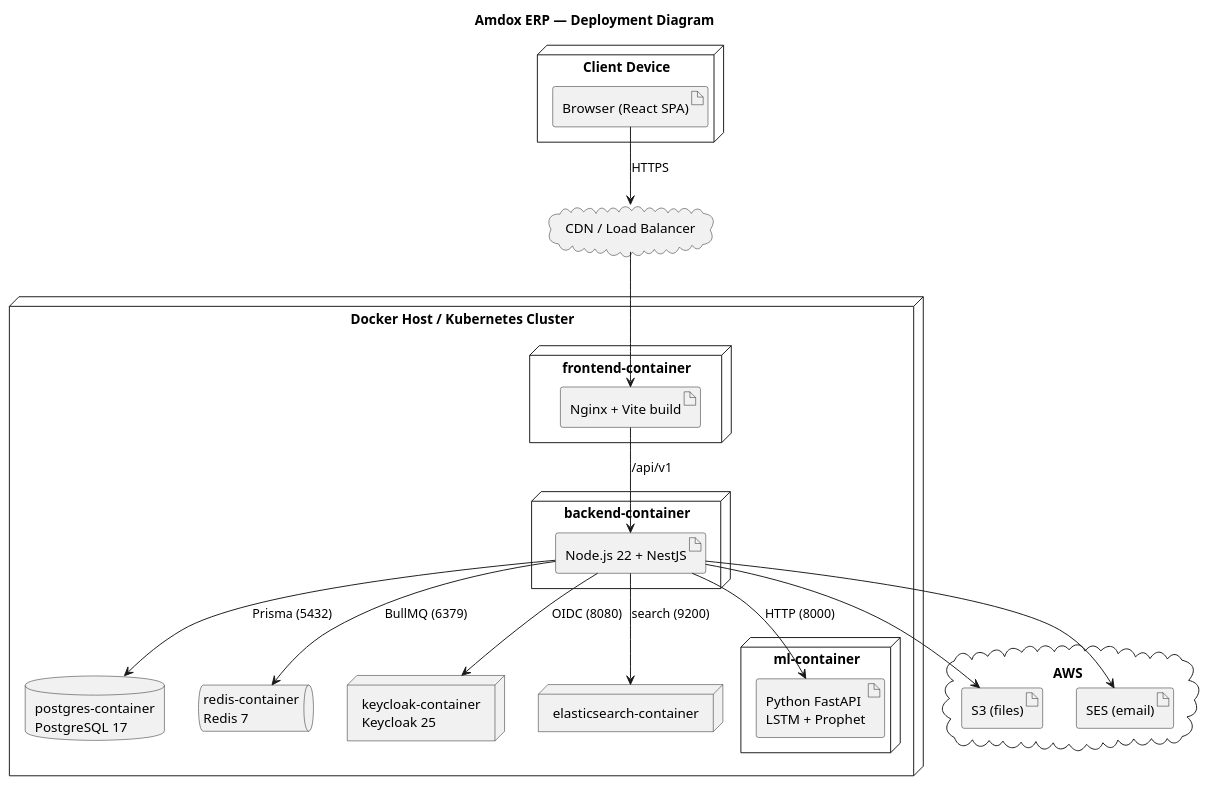
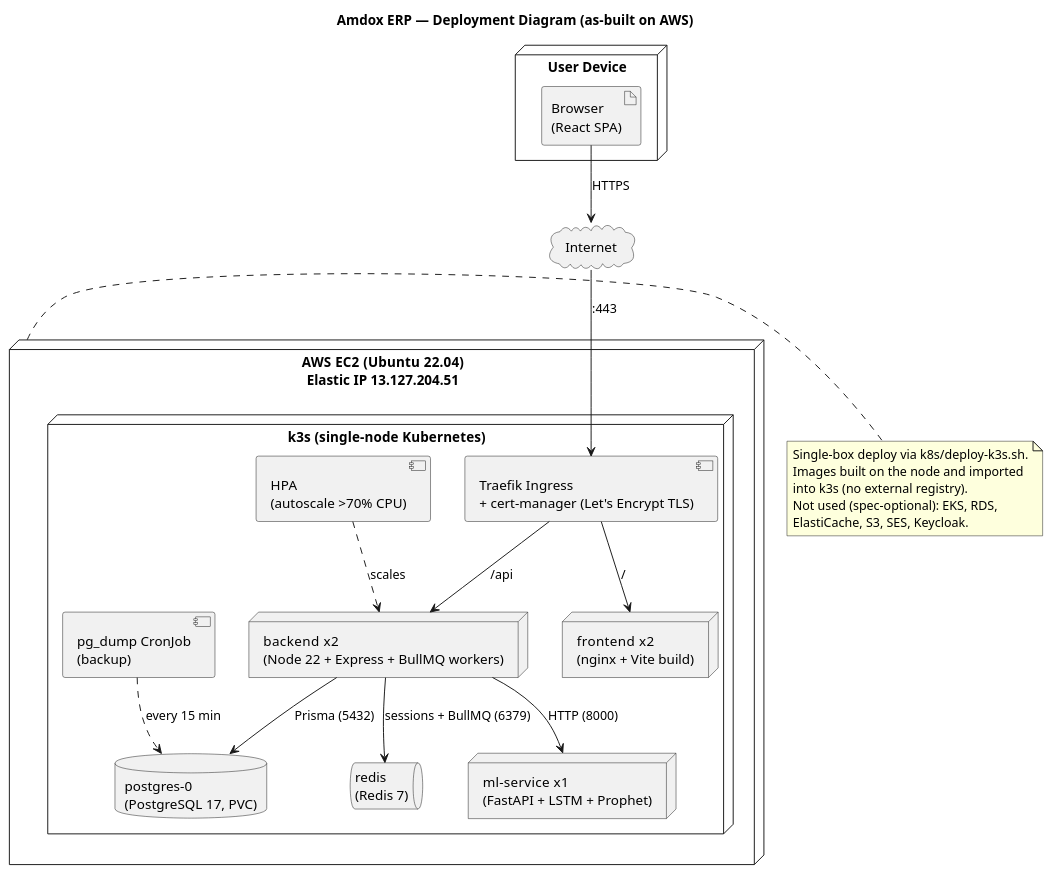
The diagram in docs/uml/8-deployment.puml (Shubhanjali801/amdox-erp), drawn with PlantUML before and after one commit. The commit also changed 20 other files, not shown here.

Commit message:
docs(uml): update diagrams to as-built system + render PNGs

```diff
--- a/docs/uml/8-deployment.puml
+++ b/docs/uml/8-deployment.puml
@@ -1,45 +1,49 @@
 @startuml Amdox-ERP-Deployment
-title Amdox ERP — Deployment Diagram
+title Amdox ERP — Deployment Diagram (as-built on AWS)
+skinparam shadowing false
 
-node "Client Device" {
-  artifact "Browser (React SPA)" as browser
+' What this shows: where each piece physically runs in production.
+' Everything lives inside ONE AWS EC2 instance running k3s (lightweight
+' Kubernetes). The browser reaches it over HTTPS via the Traefik ingress.
+
+node "User Device" {
+  artifact "Browser\n(React SPA)" as browser
 }
 
-cloud "CDN / Load Balancer" as lb
+cloud "Internet" as net
 
-node "Docker Host / Kubernetes Cluster" {
+node "AWS EC2  (Ubuntu 22.04)\nElastic IP 13.127.204.51" as ec2 {
 
-  node "frontend-container" {
-    artifact "Nginx + Vite build" as nginx
+  node "k3s  (single-node Kubernetes)" {
+
+    component "Traefik Ingress\n+ cert-manager (Let's Encrypt TLS)" as ingress
+
+    node "frontend  x2\n(nginx + Vite build)" as fe
+    node "backend  x2\n(Node 22 + Express + BullMQ workers)" as be
+    node "ml-service  x1\n(FastAPI + LSTM + Prophet)" as ml
+    database "postgres-0\n(PostgreSQL 17, PVC)" as pg
+    queue "redis\n(Redis 7)" as redis
+
+    component "HPA\n(autoscale >70% CPU)" as hpa
+    component "pg_dump CronJob\n(backup)" as backup
   }
-
-  node "backend-container" {
-    artifact "Node.js 22 + NestJS" as api
-  }
-
-  node "ml-container" {
-    artifact "Python FastAPI\nLSTM + Prophet" as ml
-  }
-
-  database "postgres-container\nPostgreSQL 17" as pg
-  queue "redis-container\nRedis 7" as redis
-  node "keycloak-container\nKeycloak 25" as kc
-  node "elasticsearch-container" as es
 }
 
-cloud "AWS" {
-  artifact "S3 (files)" as s3
-  artifact "SES (email)" as ses
-}
+browser --> net : HTTPS
+net --> ingress : :443
+ingress --> fe : /
+ingress --> be : /api
+be --> pg : Prisma (5432)
+be --> redis : sessions + BullMQ (6379)
+be --> ml : HTTP (8000)
+hpa ..> be : scales
+backup ..> pg : every 15 min
 
-browser --> lb : HTTPS
-lb --> nginx
-nginx --> api : /api/v1
-api --> pg : Prisma (5432)
-api --> redis : BullMQ (6379)
-api --> ml : HTTP (8000)
-api --> kc : OIDC (8080)
-api --> es : search (9200)
-api --> s3
-api --> ses
+note right of ec2
+  Single-box deploy via k8s/deploy-k3s.sh.
+  Images built on the node and imported
+  into k3s (no external registry).
+  Not used (spec-optional): EKS, RDS,
+  ElastiCache, S3, SES, Keycloak.
+end note
 @enduml
```
